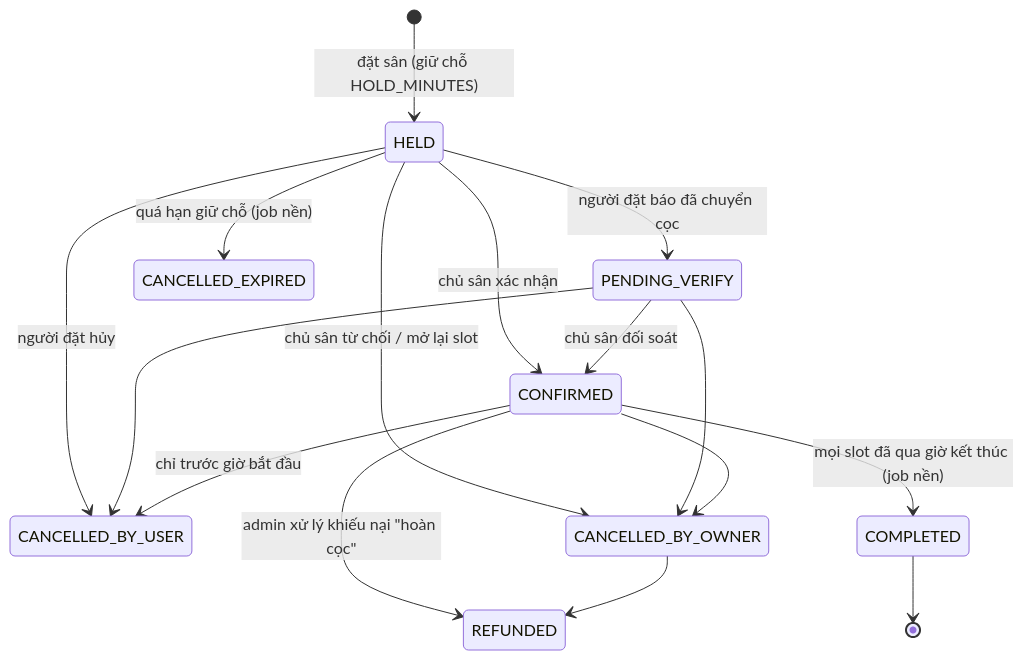
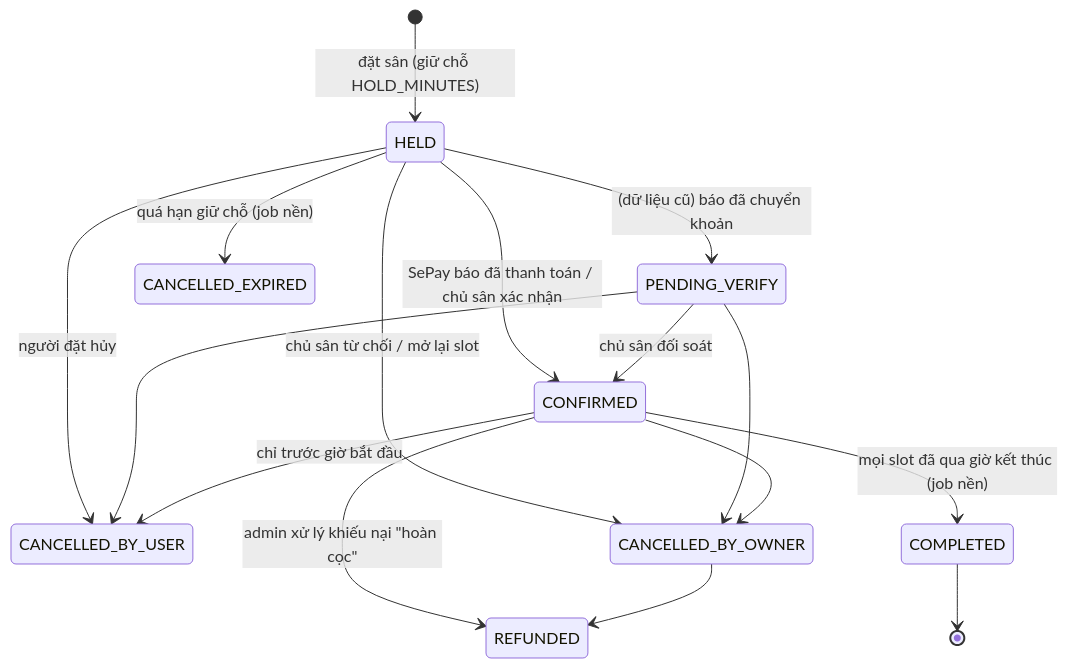
Before and after one commit to QuangAnh1703/dat-san-bong-online: the third of 3 diagrams in docs/design/system-design.md, drawn with Mermaid. The commit also changed other lines of this file and 4 other files, not shown here.

````diff
--- a/docs/design/system-design.md
+++ b/docs/design/system-design.md
@@ -230,18 +231,18 @@
 ```mermaid
 stateDiagram-v2
     [*] --> HELD: đặt sân (giữ chỗ HOLD_MINUTES)
-    HELD --> PENDING_VERIFY: người đặt báo đã chuyển cọc
-    HELD --> CONFIRMED: chủ sân xác nhận
+    HELD --> PENDING_VERIFY: (dữ liệu cũ) báo đã chuyển khoản
+    HELD --> CONFIRMED: SePay báo đã thanh toán / chủ sân xác nhận
     PENDING_VERIFY --> CONFIRMED: chủ sân đối soát
     HELD --> CANCELLED_EXPIRED: quá hạn giữ chỗ (job nền)
     HELD --> CANCELLED_BY_USER: người đặt hủy
     PENDING_VERIFY --> CANCELLED_BY_USER
     CONFIRMED --> CANCELLED_BY_USER: chỉ trước giờ bắt đầu
     HELD --> CANCELLED_BY_OWNER: chủ sân từ chối / mở lại slot
     PENDING_VERIFY --> CANCELLED_BY_OWNER
     CONFIRMED --> CANCELLED_BY_OWNER
     CONFIRMED --> REFUNDED: admin xử lý khiếu nại "hoàn cọc"
     CANCELLED_BY_OWNER --> REFUNDED
     CONFIRMED --> COMPLETED: mọi slot đã qua giờ kết thúc (job nền)
     COMPLETED --> [*]
 ```
````
